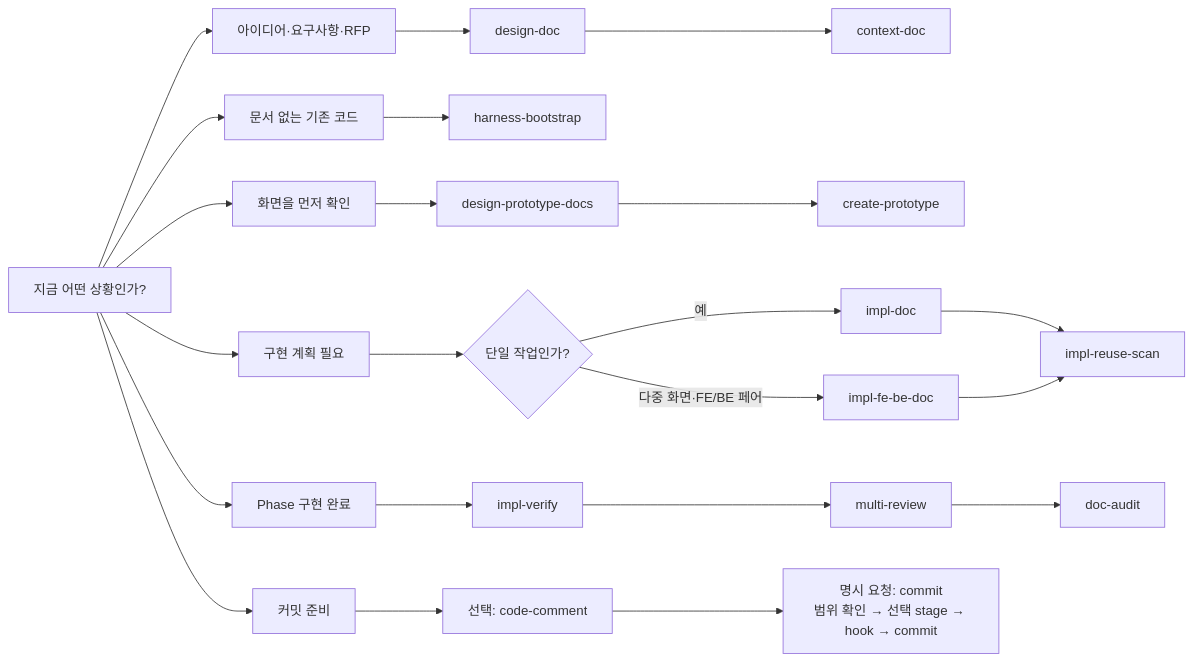
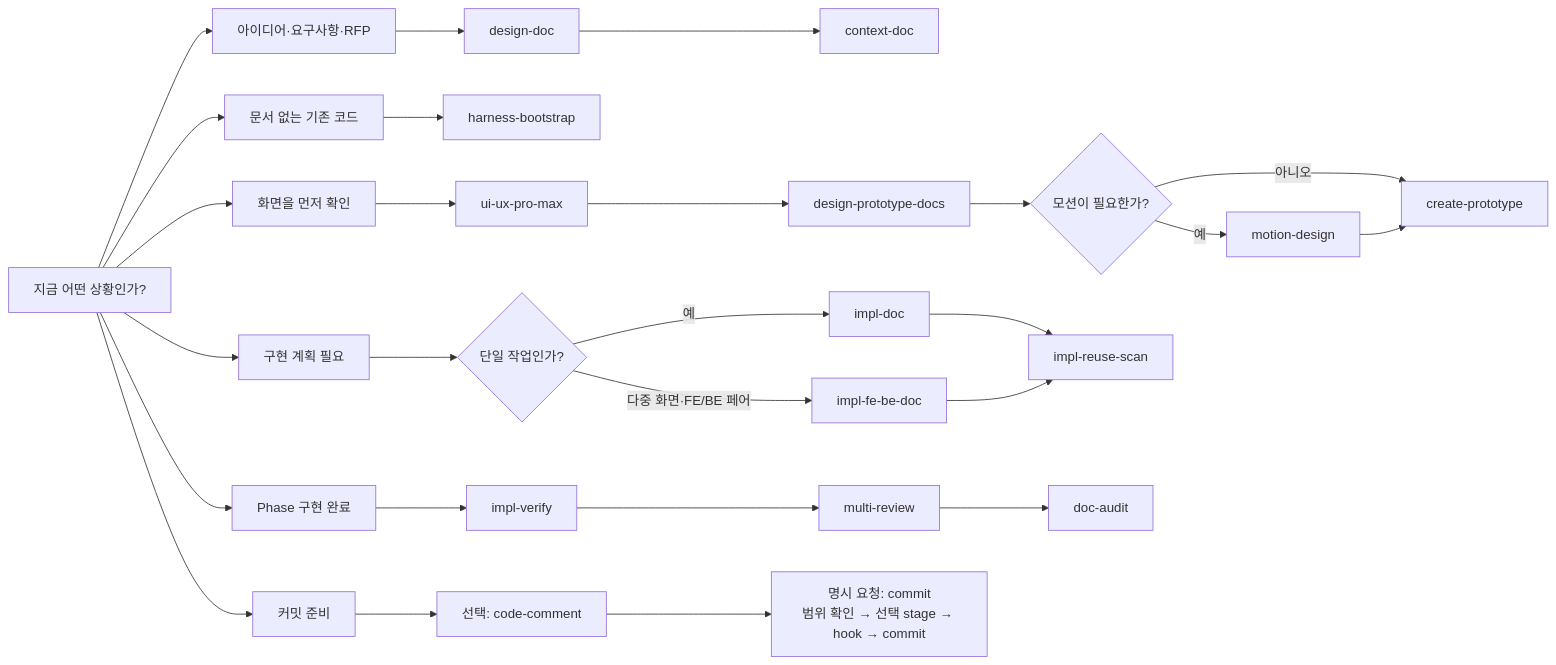
The fourth of 5 diagrams in .user-docs/Harness_Engineering_Intro.md (hb9397/ai-agent-harness-docs), drawn with Mermaid before and after one commit. The commit also changed other lines of this file and 5 other files, not shown here.

````diff
--- a/.user-docs/Harness_Engineering_Intro.md
+++ b/.user-docs/Harness_Engineering_Intro.md
@@ -219,30 +227,34 @@
 ```mermaid
 flowchart LR
     A["지금 어떤 상황인가?"] --> B["아이디어·요구사항·RFP"]
     A --> C["문서 없는 기존 코드"]
     A --> D["화면을 먼저 확인"]
     A --> E["구현 계획 필요"]
     A --> F["Phase 구현 완료"]
     A --> G["커밋 준비"]
 
     B --> B1["design-doc"]
     B1 --> B2["context-doc"]
 
     C --> C1["harness-bootstrap"]
 
-    D --> D1["design-prototype-docs"]
-    D1 --> D2["create-prototype"]
+    D --> D0["ui-ux-pro-max"]
+    D0 --> D1["design-prototype-docs"]
+    D1 --> DM{"모션이 필요한가?"}
+    DM -->|"예"| D3["motion-design"]
+    DM -->|"아니오"| D2["create-prototype"]
+    D3 --> D2
 
     E --> E1{"단일 작업인가?"}
     E1 -->|"예"| E2["impl-doc"]
     E1 -->|"다중 화면·FE/BE 페어"| E3["impl-fe-be-doc"]
     E2 --> E4["impl-reuse-scan"]
     E3 --> E4
 
     F --> F1["impl-verify"]
     F1 --> F2["multi-review"]
     F2 --> F3["doc-audit"]
 
     G --> G1["선택: code-comment"]
     G1 --> G4["명시 요청: commit<br/>범위 확인 → 선택 stage → hook → commit"]
 ```
````
